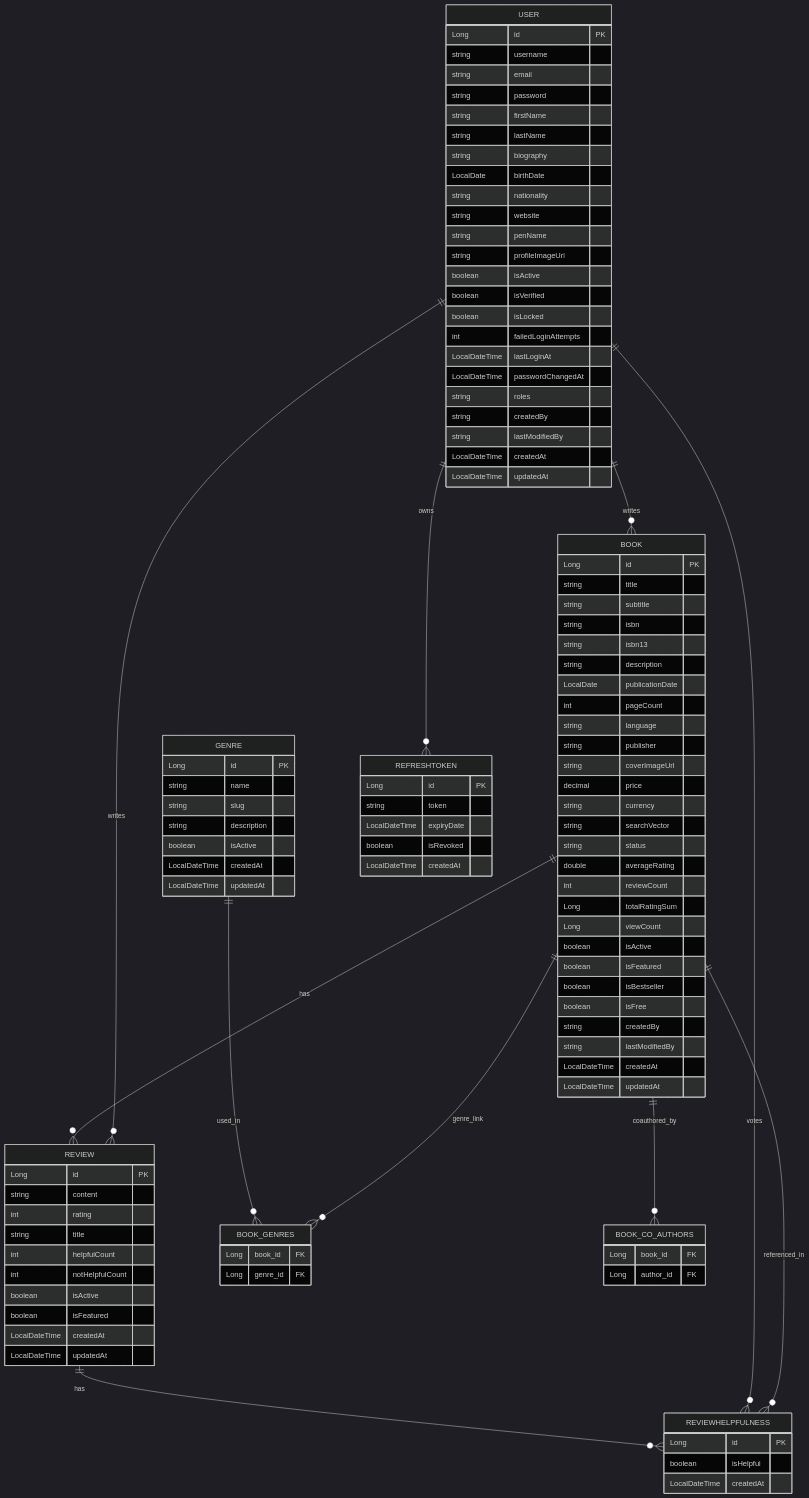
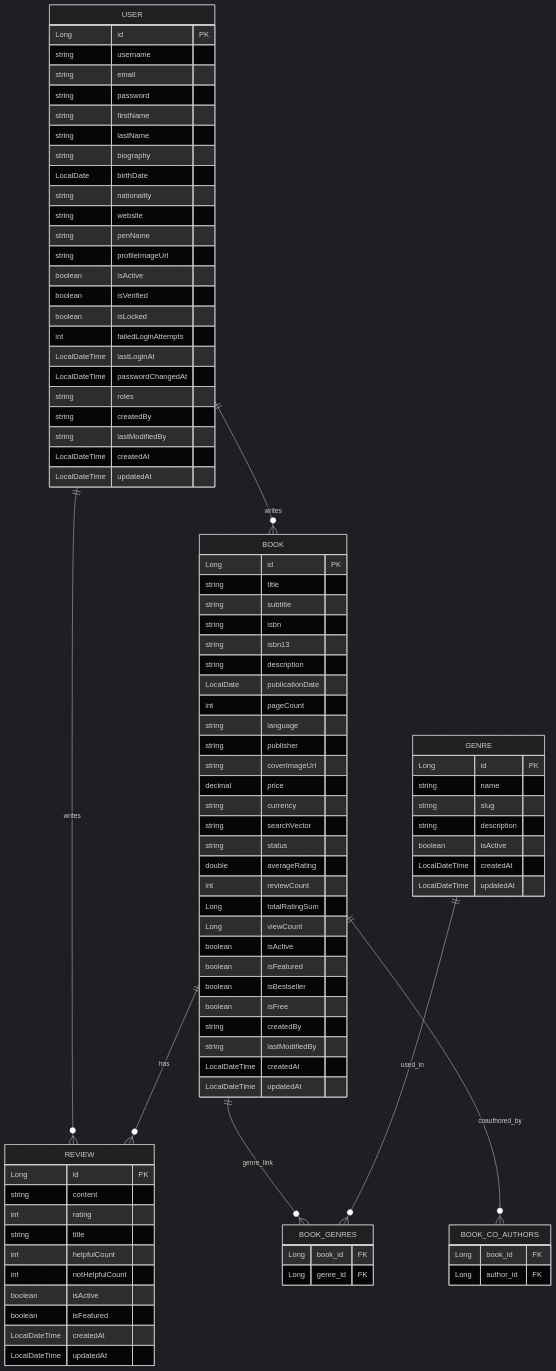
Before and after one commit to Yashgupta9330/SnapReview: the diagram in docs/ERD.md, drawn with Mermaid (dark theme). The commit also changed other lines of this file and 26 other files, not shown here.

Commit message:
Update dependencies in pom.xml, enhance error handling in controllers, and refactor Book and Review services for improved functionality. Remove unused RefreshToken and ReviewHelpfulness models, and update application properties for better error handling.

````diff
--- a/docs/ERD.md
+++ b/docs/ERD.md
@@ -71,7 +71,6 @@
         LocalDateTime updatedAt
     }
     
-    REVIEW ||--o{ REVIEWHELPFULNESS : has
     REVIEW {
         Long id PK
         string content
@@ -85,20 +84,6 @@
         LocalDateTime updatedAt
     }
     
-    REVIEWHELPFULNESS {
-        Long id PK
-        boolean isHelpful
-        LocalDateTime createdAt
-    }
-    
-    REFRESHTOKEN {
-        Long id PK
-        string token
-        LocalDateTime expiryDate
-        boolean isRevoked
-        LocalDateTime createdAt
-    }
-    
     BOOK_CO_AUTHORS {
         Long book_id FK
         Long author_id FK
@@ -110,9 +95,6 @@
     }
     
     USER ||--o{ REVIEW : writes
-    USER ||--o{ REFRESHTOKEN : owns
-    USER ||--o{ REVIEWHELPFULNESS : votes
-    BOOK ||--o{ REVIEWHELPFULNESS : referenced_in
     BOOK ||--o{ BOOK_GENRES : genre_link
     BOOK ||--o{ BOOK_CO_AUTHORS : coauthored_by
 ```
````
